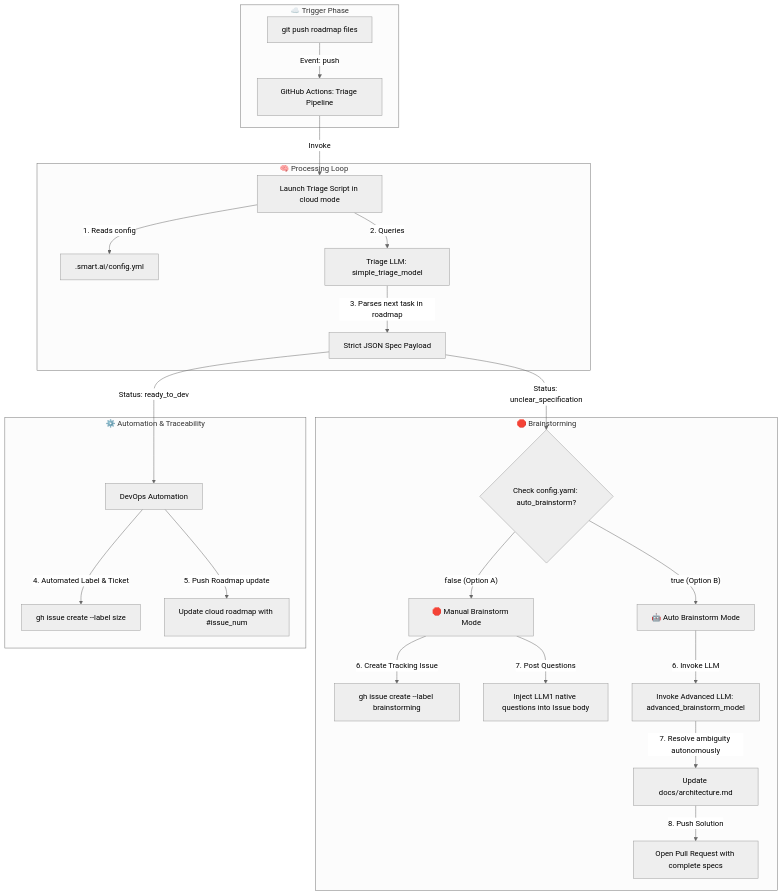
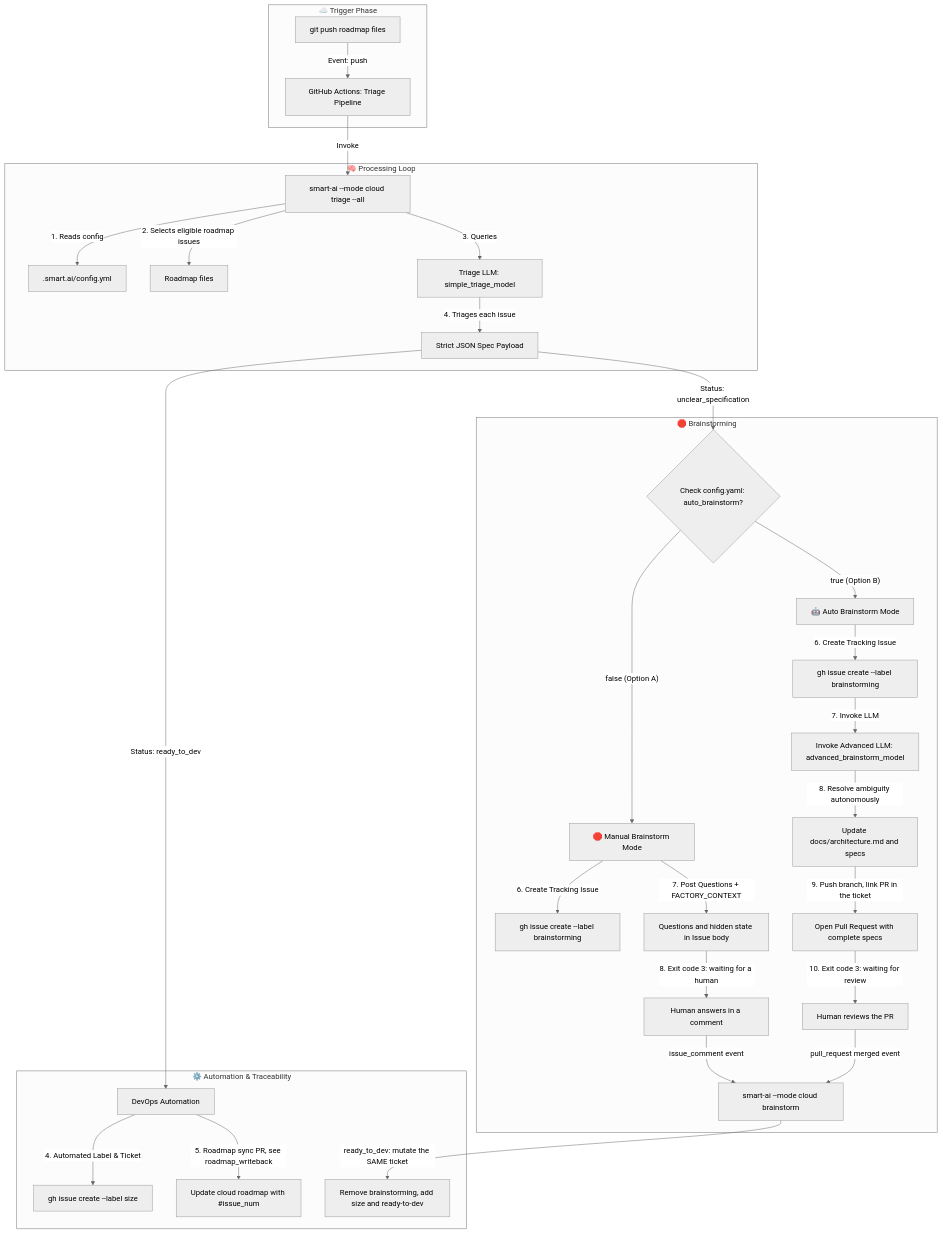
The diagram in docs/pipelines/triage_cloud.md (fletort/smart-ai-factory), drawn with Mermaid (neutral theme) before and after one commit. The commit also changed other lines of this file and 6 other files, not shown here.

````diff
--- a/docs/pipelines/triage_cloud.md
+++ b/docs/pipelines/triage_cloud.md
@@ -17,35 +22,42 @@
 ```mermaid
 graph TD
     subgraph "☁️ Trigger Phase"
         Git[git push roadmap files] -->|Event: push| CI_Triage[GitHub Actions: Triage Pipeline]
     end
 
     subgraph box1["🧠 Processing Loop"]
-        CI_Triage -->|Invoke| CoreTriage[Launch Triage Script in cloud mode]
+        CI_Triage -->|Invoke| CoreTriage[smart-ai --mode cloud triage --all]
         CoreTriage -->|1. Reads config| Config[.smart.ai/config.yml]
-        CoreTriage -->|2. Queries| LLM1[Triage LLM: simple_triage_model]
-        LLM1 -->|3. Parses next task in roadmap| JSON1[Strict JSON Spec Payload]
+        CoreTriage -->|2. Selects eligible roadmap issues| RM0[Roadmap files]
+        CoreTriage -->|3. Queries| LLM1[Triage LLM: simple_triage_model]
+        LLM1 -->|4. Triages each issue| JSON1[Strict JSON Spec Payload]
     end
 
     subgraph "🛑 Brainstorming"
         JSON1 -->|"Status: unclear_specification"| CheckConfig{Check config.yaml: auto_brainstorm?}
 
         %% OPTION A : Stop & Open a Ticket
         CheckConfig -->|"false (Option A)"| CloudStop[🛑 Manual Brainstorm Mode]
         CloudStop -->|6. Create Tracking Issue| GH_BS[gh issue create --label brainstorming]
-        CloudStop -->|7. Post Questions| NativeComment[Inject LLM1 native questions into Issue body]
+        CloudStop -->|7. Post Questions + FACTORY_CONTEXT| NativeComment[Questions and hidden state in Issue body]
+        NativeComment -->|8. Exit code 3: waiting for a human| Wait[Human answers in a comment]
+        Wait -->|issue_comment event| Resume[smart-ai --mode cloud brainstorm]
 
         %% OPTION B : Full Auto Brainstorm -> PR Direct
         CheckConfig -->|"true (Option B)"| CloudAuto[🤖 Auto Brainstorm Mode]
-        CloudAuto -->|6. Invoke LLM| LLM2[Invoke Advanced LLM: advanced_brainstorm_model]
-        LLM2 -->|7. Resolve ambiguity autonomously| Fix[Update docs/architecture.md]
-        Fix -->|8. Push Solution| PR[Open Pull Request with complete specs]
+        CloudAuto -->|6. Create Tracking Issue| GH_BS2[gh issue create --label brainstorming]
+        GH_BS2 -->|7. Invoke LLM| LLM2[Invoke Advanced LLM: advanced_brainstorm_model]
+        LLM2 -->|8. Resolve ambiguity autonomously| Fix[Update docs/architecture.md and specs]
+        Fix -->|9. Push branch, link PR in the ticket| PR[Open Pull Request with complete specs]
+        PR -->|10. Exit code 3: waiting for review| Review[Human reviews the PR]
+        Review -->|pull_request merged event| Resume
     end
 
     subgraph "⚙️ Automation & Traceability"
         JSON1 -->|"Status: ready_to_dev"| DevOpCloud[DevOps Automation]
         DevOpCloud -->|4. Automated Label & Ticket| GH_Issue[gh issue create --label size]
-        DevOpCloud -->|5. Push Roadmap update| GitSync[Update cloud roadmap with #issue_num]
+        DevOpCloud -->|5. Roadmap sync PR, see roadmap_writeback| GitSync[Update cloud roadmap with #issue_num]
+        Resume -->|ready_to_dev: mutate the SAME ticket| Mutate[Remove brainstorming, add size and ready-to-dev]
     end
 
 ```
````
